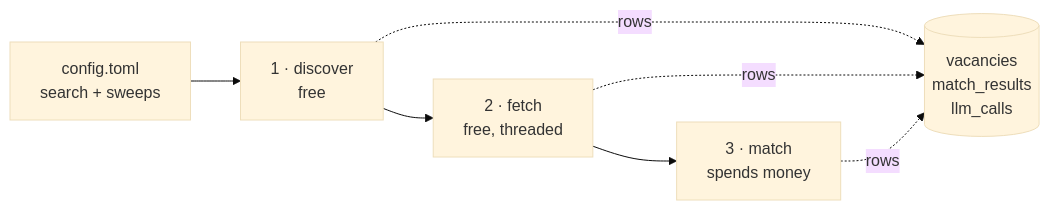
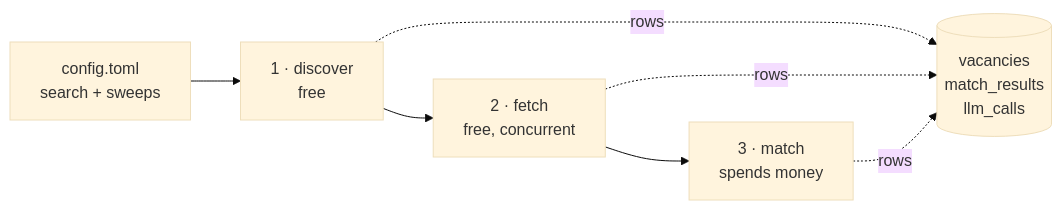
One commit to svetazol/jobmatch changed the first of 3 diagrams in docs/pipeline.md. Above: the diagram before and after it, drawn with Mermaid (base theme). The commit also changed other lines of this file and 25 other files, not shown here.

````diff
--- a/docs/pipeline.md
+++ b/docs/pipeline.md
@@ -12,9 +12,9 @@
 ```mermaid
 flowchart LR
     cfg["config.toml<br/>search + sweeps"] --> disc
-    disc["1 · discover<br/>free"] --> fet["2 · fetch<br/>free, threaded"]
+    disc["1 · discover<br/>free"] --> fet["2 · fetch<br/>free, concurrent"]
     fet --> mat["3 · match<br/>spends money"]
     disc -.->|"rows"| db[("vacancies<br/>match_results<br/>llm_calls")]
     fet -.->|"rows"| db
     mat -.->|"rows"| db
 ```
````
